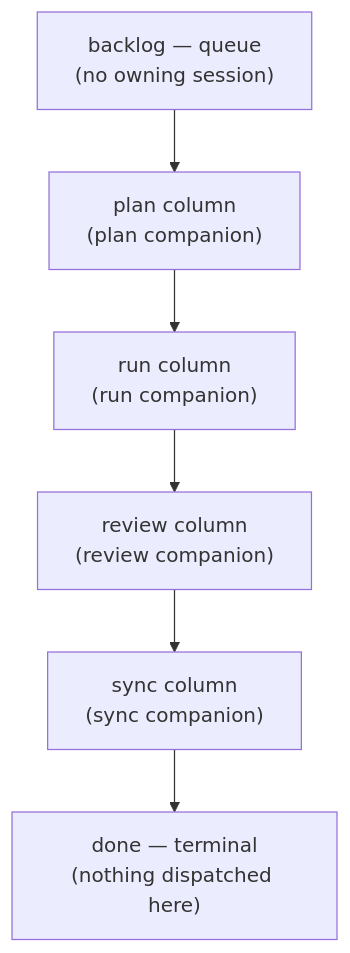
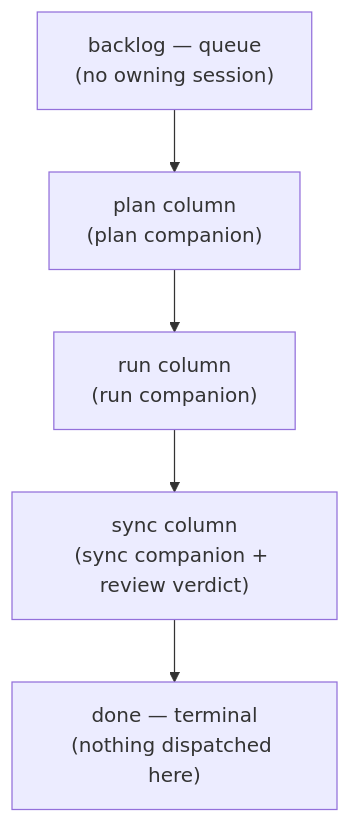
The first of 2 diagrams in docs-site/content/en/core-concepts/kanban-board-terms.md (modu-ai/moai-adk), drawn with Mermaid before and after one commit. The commit also changed other lines of this file and 16 other files, not shown here.

````diff
--- a/docs-site/content/en/core-concepts/kanban-board-terms.md
+++ b/docs-site/content/en/core-concepts/kanban-board-terms.md
@@ -17,10 +17,9 @@
 ```mermaid
 flowchart TD
     Backlog["backlog — queue<br/>(no owning session)"]
     Plan["plan column<br/>(plan companion)"]
     Run["run column<br/>(run companion)"]
-    Review["review column<br/>(review companion)"]
-    Sync["sync column<br/>(sync companion)"]
+    Sync["sync column<br/>(sync companion + review verdict)"]
     Done["done — terminal<br/>(nothing dispatched here)"]
-    Backlog --> Plan --> Run --> Review --> Sync --> Done
+    Backlog --> Plan --> Run --> Sync --> Done
 ```
````
